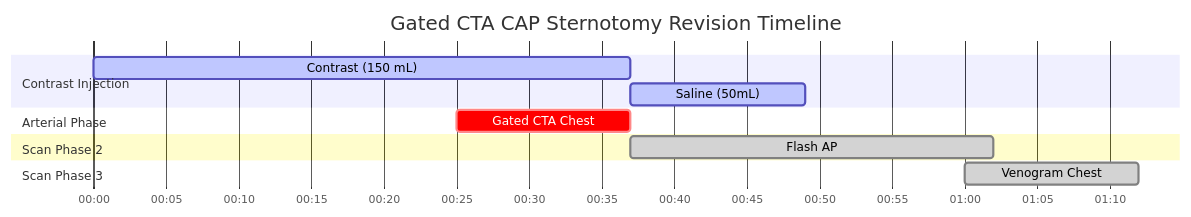
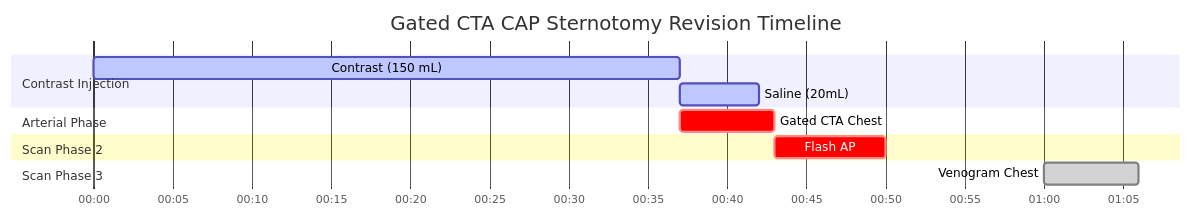
One commit to dfergs93/radiology-protocols changed the diagram in docs/ct/cardiac/gated-cta-cap-sternotomy-revision.md. Above: the diagram before and after it, drawn with Mermaid. The commit also changed other lines of this file and 113 other files, not shown here.

````diff
--- a/docs/ct/cardiac/gated-cta-cap-sternotomy-revision.md
+++ b/docs/ct/cardiac/gated-cta-cap-sternotomy-revision.md
@@ -85,20 +85,20 @@
   ```mermaid
   ---
   config:
     theme: default
   ---
     gantt
       title Gated CTA CAP Sternotomy Revision Timeline
       dateFormat mm:ss
       axisFormat %M:%S 
       
       section Contrast Injection
       Contrast (150 mL)    :active, contrast, 00:00, 37s
-      Saline (50mL)          :active, saline, after contrast, 12s
+      Saline (20mL)          :active, saline, after contrast, 5s
       section Arterial Phase
-      Gated CTA Chest    :crit, scan1, 00:25, 12s
+      Gated CTA Chest    :crit, scan1, after contrast, 6s
       section Scan Phase 2
-      Flash AP    :done, scan2, after scan1, 25s
+      Flash AP    :crit, scan2, after scan1, 7s
       section Scan Phase 3
-      Venogram Chest    :done, scan3, 01:00, 12s
+      Venogram Chest    :done, scan3, 01:00, 6s
   ```
````
